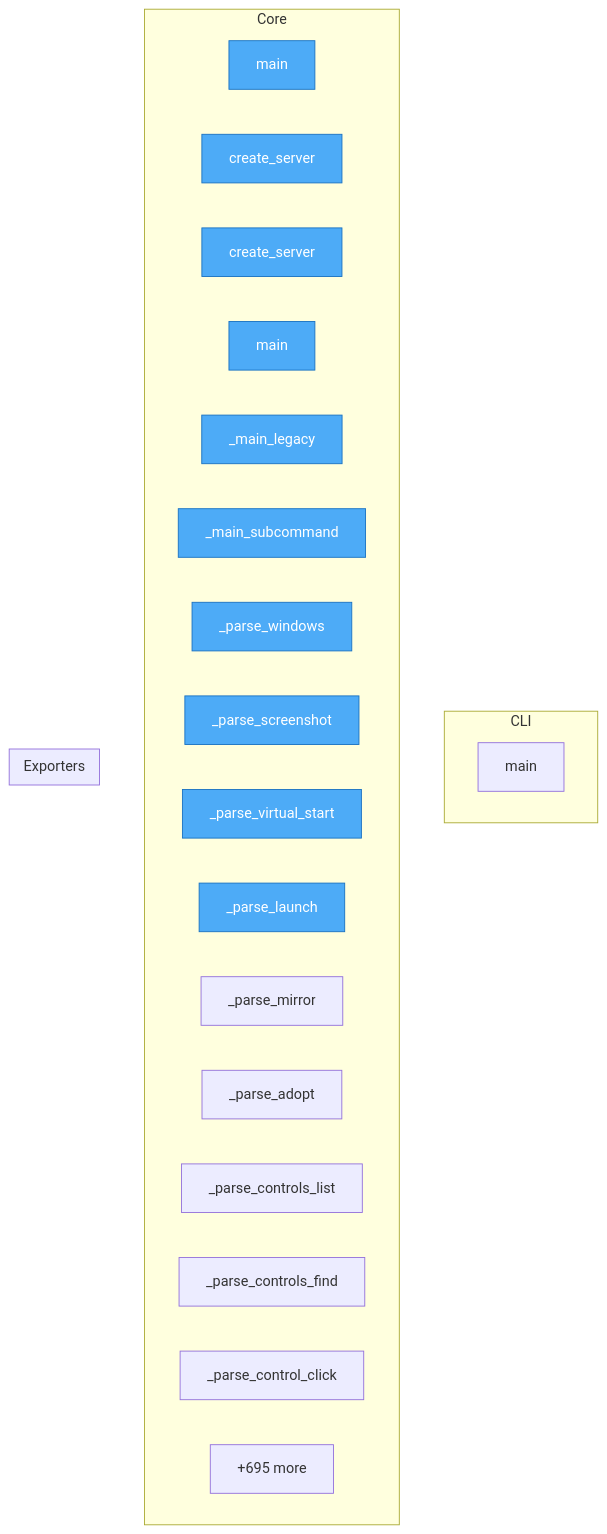
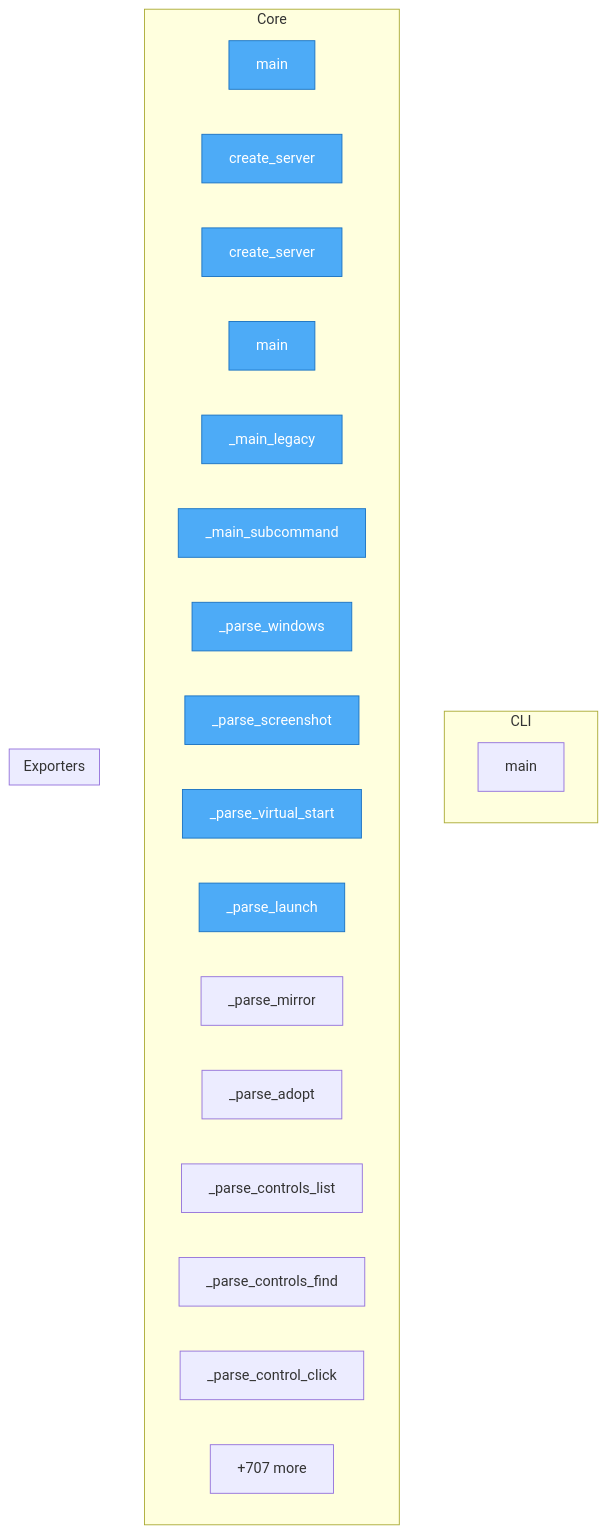
The diagram in project/flow.mmd (wronai/vdisplay), drawn with Mermaid before and after one commit. The commit also changed 48 other files, not shown here.

```diff
--- a/project/flow.mmd
+++ b/project/flow.mmd
@@ -1,33 +1,33 @@
 flowchart TD
-%% generated in 0.05s
+%% generated in 0.07s
 
     %% Entry points (blue)
     classDef entry fill:#4dabf7,stroke:#1971c2,color:#fff
 
     subgraph CLI
         packages__cli2vdisplay__src__cli2vdisplay__cli__main["main"]
     end
 
     subgraph Core
         packages__mcp2vdisplay__src__mcp2vdisplay__cli__main["main"]
         packages__mcp2vdisplay__src__mcp2vdisplay__cli__create_server["create_server"]
         packages__mcp2vdisplay__src__mcp2vdisplay__server__create_server["create_server"]
         packages__dsl2vdisplay__src__dsl2vdisplay__cli__main["main"]
         packages__dsl2vdisplay__src__dsl2vdisplay__cli___main_legacy["_main_legacy"]
         packages__dsl2vdisplay__src__dsl2vdisplay__cli___main_subcommand["_main_subcommand"]
         packages__dsl2vdisplay__src__dsl2vdisplay__grammar___parse_windows["_parse_windows"]
         packages__dsl2vdisplay__src__dsl2vdisplay__grammar___parse_screenshot["_parse_screenshot"]
         packages__dsl2vdisplay__src__dsl2vdisplay__grammar___parse_virtual_start["_parse_virtual_start"]
         packages__dsl2vdisplay__src__dsl2vdisplay__grammar___parse_launch["_parse_launch"]
         packages__dsl2vdisplay__src__dsl2vdisplay__grammar___parse_mirror["_parse_mirror"]
         packages__dsl2vdisplay__src__dsl2vdisplay__grammar___parse_adopt["_parse_adopt"]
         packages__dsl2vdisplay__src__dsl2vdisplay__grammar___parse_controls_list["_parse_controls_list"]
         packages__dsl2vdisplay__src__dsl2vdisplay__grammar___parse_controls_find["_parse_controls_find"]
         packages__dsl2vdisplay__src__dsl2vdisplay__grammar___parse_control_click["_parse_control_click"]
-        ...["+695 more"]
+        ...["+707 more"]
     end
 
     subgraph Exporters
     end
 
     class packages__mcp2vdisplay__src__mcp2vdisplay__cli__main,packages__mcp2vdisplay__src__mcp2vdisplay__cli__create_server,packages__mcp2vdisplay__src__mcp2vdisplay__server__create_server,packages__dsl2vdisplay__src__dsl2vdisplay__cli__main,packages__dsl2vdisplay__src__dsl2vdisplay__cli___main_legacy,packages__dsl2vdisplay__src__dsl2vdisplay__cli___main_subcommand,packages__dsl2vdisplay__src__dsl2vdisplay__grammar___parse_windows,packages__dsl2vdisplay__src__dsl2vdisplay__grammar___parse_screenshot,packages__dsl2vdisplay__src__dsl2vdisplay__grammar___parse_virtual_start,packages__dsl2vdisplay__src__dsl2vdisplay__grammar___parse_launch entry
```
